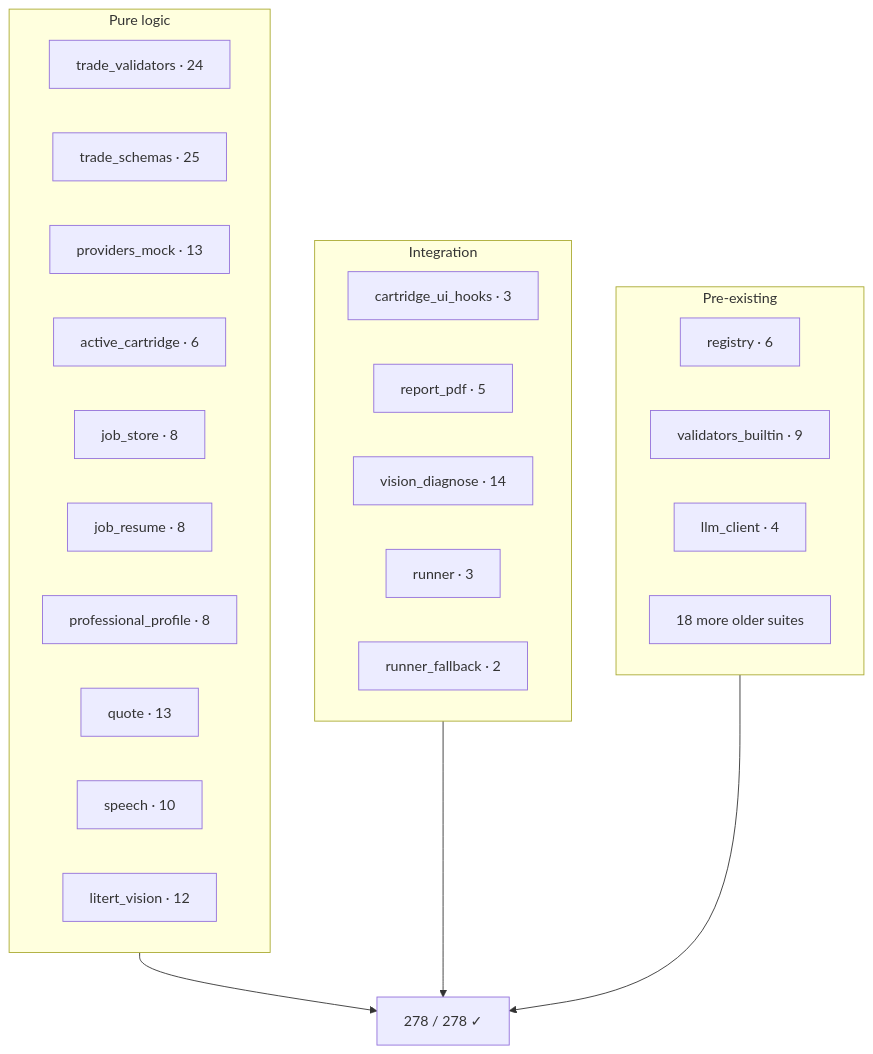
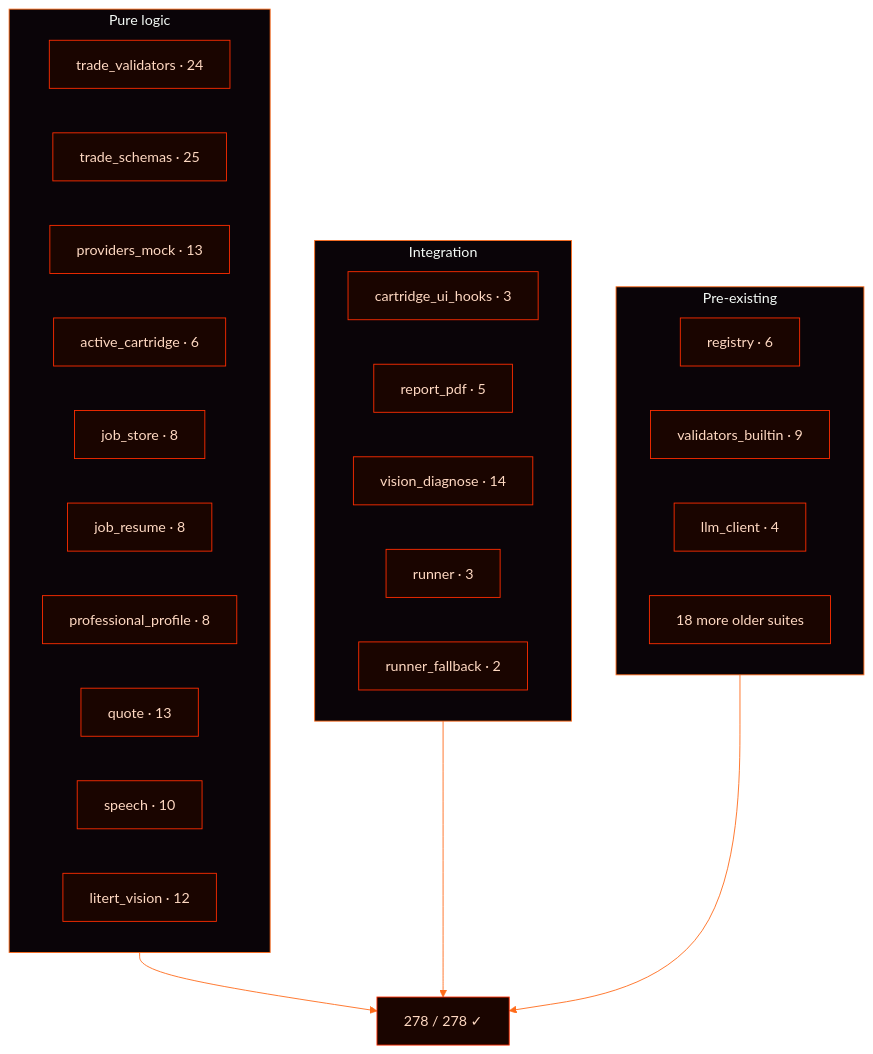
One commit to EvolvingAgentsLabs/skillos_mini changed diagram 12 of 12 in docs/ARCHITECTURE.md. Above: the diagram before and after it, drawn with Mermaid. The commit also changed other lines of this file and 9 other files, not shown here.

````diff
--- a/docs/ARCHITECTURE.md
+++ b/docs/ARCHITECTURE.md
@@ -507,34 +532,35 @@
 ```mermaid
+%%{init: {'theme':'base', 'themeVariables': {'primaryColor':'#1a0500','primaryTextColor':'#ffd9c2','primaryBorderColor':'#ff2d00','lineColor':'#ff6b1a','secondaryColor':'#001a24','tertiaryColor':'#0a0408','background':'#0a0408','mainBkg':'#1a0500','clusterBkg':'#0a0408','clusterBorder':'#ff6b1a','edgeLabelBackground':'#0a0408','fontFamily':'ui-monospace, monospace'}}}%%
 flowchart TB
     subgraph Unit["Pure logic"]
         T1[trade_validators · 24]
         T2[trade_schemas · 25]
         T3[providers_mock · 13]
         T4[active_cartridge · 6]
         T5[job_store · 8]
         T6[job_resume · 8]
         T7[professional_profile · 8]
         T8[quote · 13]
         T9[speech · 10]
         T10[litert_vision · 12]
     end
 
     subgraph Integration["Integration"]
         I1[cartridge_ui_hooks · 3]
         I2[report_pdf · 5]
         I3[vision_diagnose · 14]
         I4[runner · 3]
         I5[runner_fallback · 2]
     end
 
     subgraph Legacy["Pre-existing"]
-        L1["registry · 6"]
-        L2["validators_builtin · 9"]
-        L3["llm_client · 4"]
-        L4["18 more older suites"]
+        L1[registry · 6]
+        L2[validators_builtin · 9]
+        L3[llm_client · 4]
+        L4[18 more older suites]
     end
 
     Unit --> Total["278 / 278 ✓"]
     Integration --> Total
     Legacy --> Total
 ```
````
